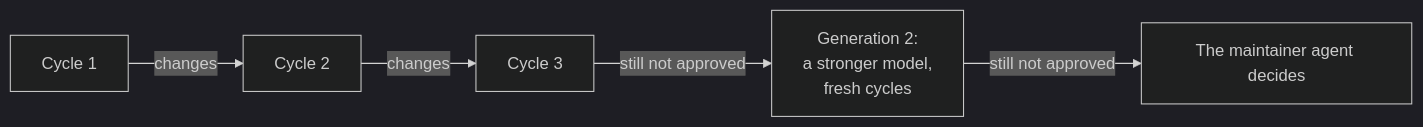
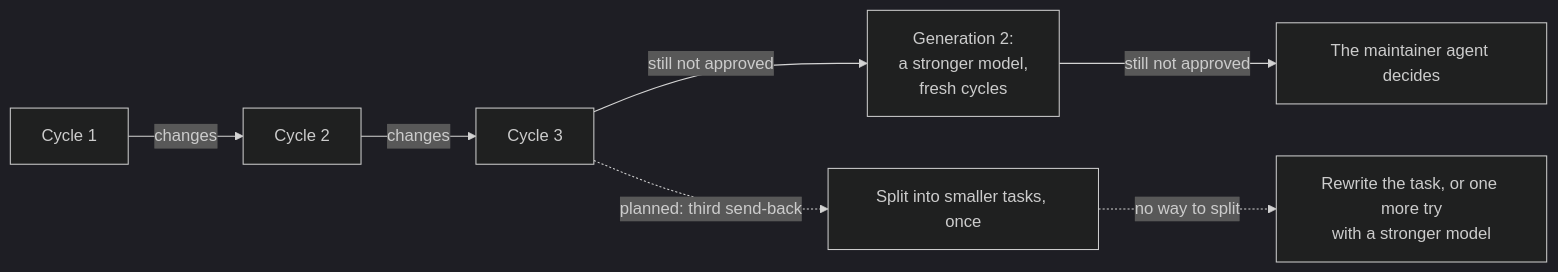
The second of 4 diagrams in docs/guide/the-engine-room.md (shinyredapples/intakt), drawn with Mermaid (dark theme) before and after one commit. The commit also changed other lines of this file, not shown here.

Commit message:
docs(guide): show the planned one-time split in the cycles diagram

````diff
--- a/docs/guide/the-engine-room.md
+++ b/docs/guide/the-engine-room.md
@@ -92,6 +92,8 @@
 ```mermaid
 flowchart LR
   c1[Cycle 1] -- changes --> c2[Cycle 2] -- changes --> c3[Cycle 3]
   c3 -- still not approved --> g2[Generation 2:<br/>a stronger model,<br/>fresh cycles]
   g2 -- still not approved --> m[The maintainer agent decides]
+  c3 -. "planned: third send-back" .-> s[Split into smaller tasks, once]
+  s -. "no way to split" .-> r[Rewrite the task, or one more try<br/>with a stronger model]
 ```
````
